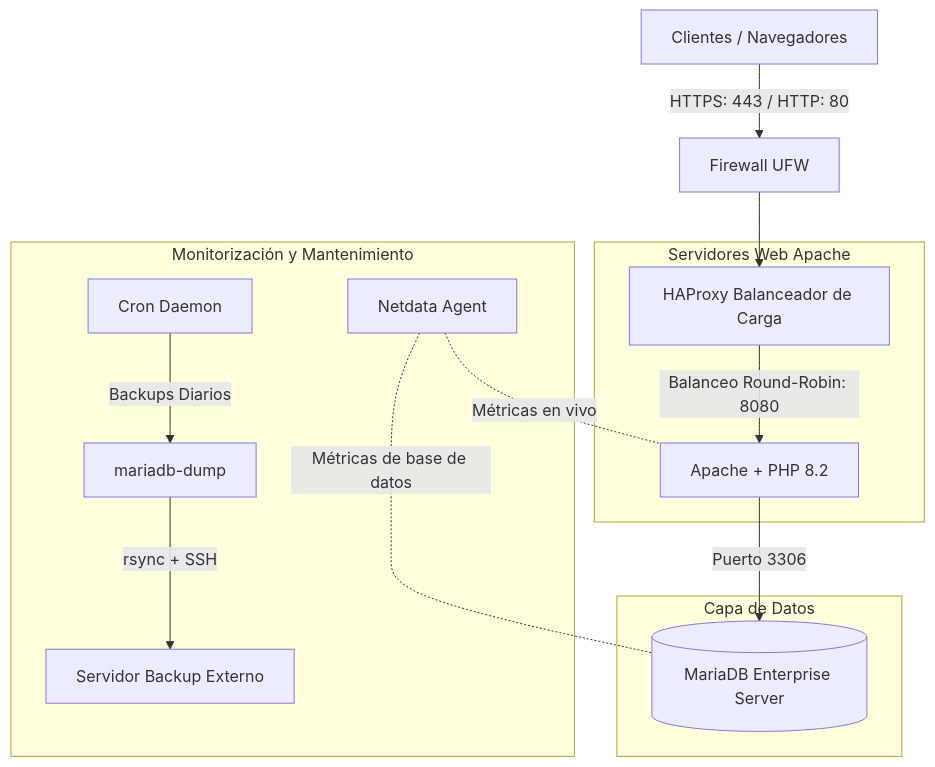
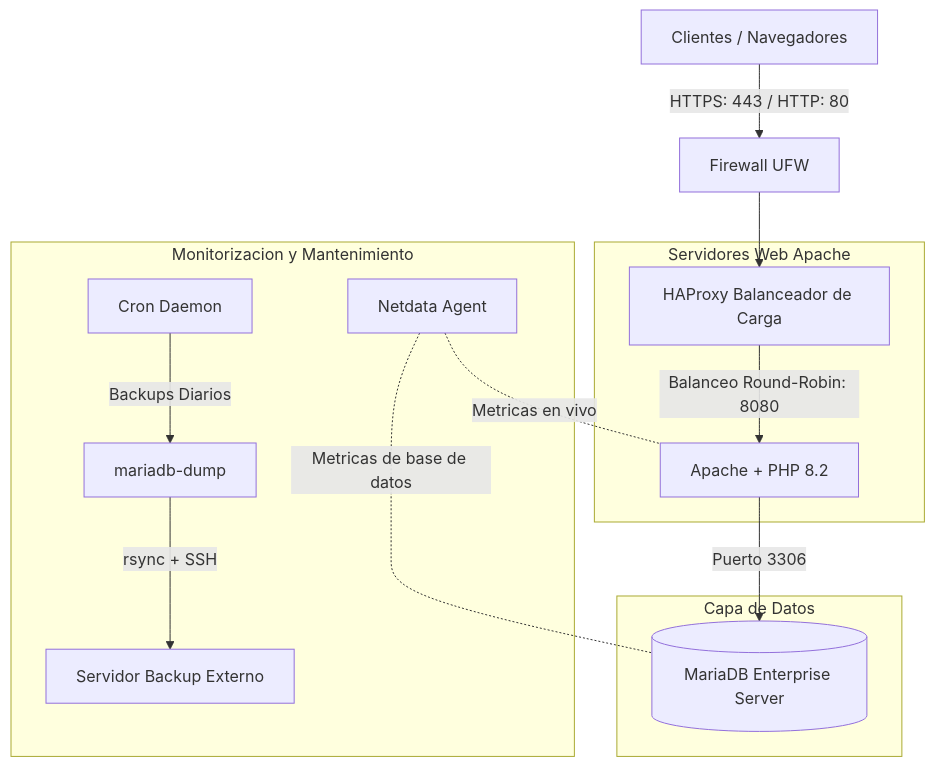
Before and after one commit to vjp-nazaretRM/infraestructura-LAMP: the diagram in README.md, drawn with Mermaid. The commit also changed other lines of this file and 4 other files, not shown here.

````diff
--- a/README.md
+++ b/README.md
@@ -9,17 +9,17 @@
 ```mermaid
 graph TD
     Client[Clientes / Navegadores] -->|HTTPS: 443 / HTTP: 80| FW[Firewall UFW]
     FW --> LB[HAProxy Balanceador de Carga]
     subgraph Servidores Web Apache
         LB -->|Balanceo Round-Robin: 8080| Web1[Apache + PHP 8.2]
     end
     subgraph Capa de Datos
         Web1 -->|Puerto 3306| DB[(MariaDB Enterprise Server)]
     end
-    subgraph Monitorización y Mantenimiento
-        Mon[Netdata Agent] -.-|Métricas en vivo| Web1
-        Mon -.-|Métricas de base de datos| DB
+    subgraph Monitorizacion y Mantenimiento
+        Mon[Netdata Agent] -.-|Metricas en vivo| Web1
+        Mon -.-|Metricas de base de datos| DB
         Cron[Cron Daemon] -->|Backups Diarios| MysqlDump[mariadb-dump]
         MysqlDump -->|rsync + SSH| RemoteBackup[Servidor Backup Externo]
     end
 ```
````
